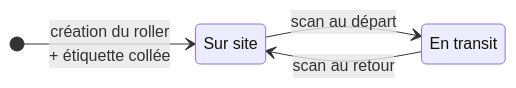
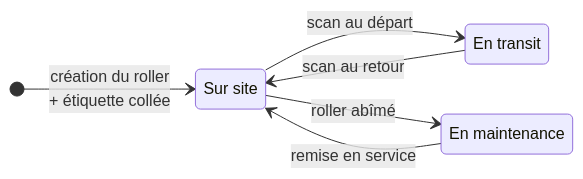
Before and after one commit to osayanis/mewa-suivi-rollers: the diagram in README.md, drawn with Mermaid. The commit also changed other lines of this file and 34 other files, not shown here.

````diff
--- a/README.md
+++ b/README.md
@@ -41,9 +44,12 @@
 ```mermaid
 stateDiagram-v2
     direction LR
     state "Sur site" as site
     state "En transit" as transit
+    state "En maintenance" as maint
     [*] --> site : création du roller<br/>+ étiquette collée
     site --> transit : scan au départ
     transit --> site : scan au retour
+    site --> maint : roller abîmé
+    maint --> site : remise en service
 ```
````
